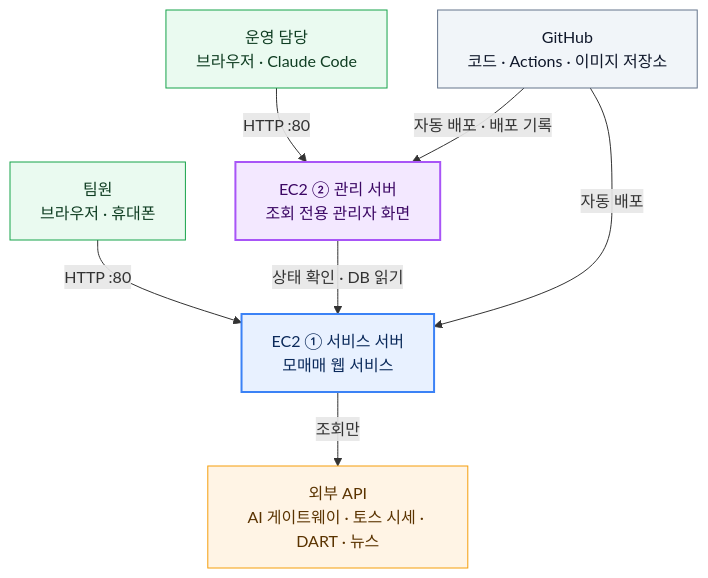
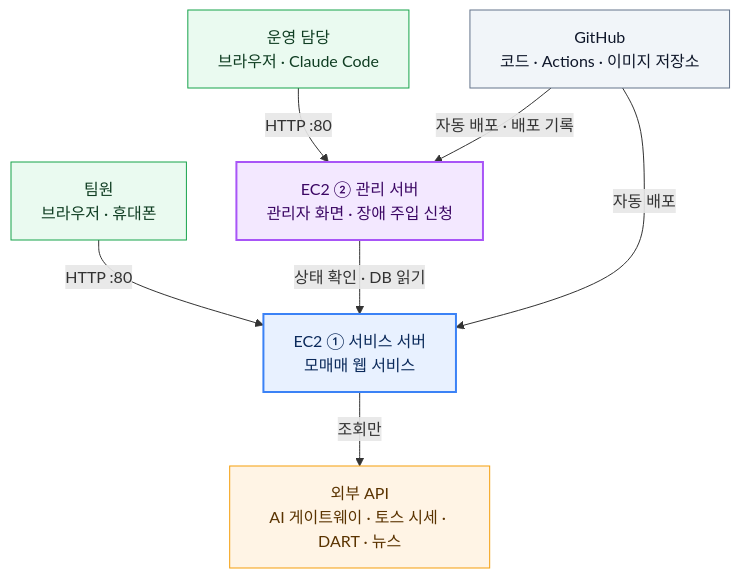
One commit to encore-ai-campus/AIO-01-P3-TEAM1 changed the first of 4 diagrams in docs/deliverables/02_배포_및_장애복구_보고서.md. Above: the diagram before and after it, drawn with Mermaid. The commit also changed other lines of this file and 64 other files, not shown here.

````diff
--- a/docs/deliverables/02_배포_및_장애복구_보고서.md
+++ b/docs/deliverables/02_배포_및_장애복구_보고서.md
@@ -22,22 +22,22 @@
 ```mermaid
 flowchart TB
     classDef user fill:#eafaf0,stroke:#16a34a,color:#0f3d22
     classDef svc fill:#e8f1ff,stroke:#3b82f6,stroke-width:2px,color:#0b2a5b
     classDef adm fill:#f3e8ff,stroke:#a855f7,stroke-width:2px,color:#3b0764
     classDef ext fill:#fff4e5,stroke:#f59e0b,color:#5a3300
     classDef gh fill:#f1f5f9,stroke:#64748b,color:#0f172a
 
     U["팀원<br/>브라우저 · 휴대폰"]:::user
     OP["운영 담당<br/>브라우저 · Claude Code"]:::user
     S["EC2 ① 서비스 서버<br/>모매매 웹 서비스"]:::svc
-    A["EC2 ② 관리 서버<br/>조회 전용 관리자 화면"]:::adm
+    A["EC2 ② 관리 서버<br/>관리자 화면 · 장애 주입 신청"]:::adm
     G["GitHub<br/>코드 · Actions · 이미지 저장소"]:::gh
     X["외부 API<br/>AI 게이트웨이 · 토스 시세 · DART · 뉴스"]:::ext
 
     U -- "HTTP :80" --> S
     OP -- "HTTP :80" --> A
     A -- "상태 확인 · DB 읽기" --> S
     S -- "조회만" --> X
     G -- "자동 배포" --> S
     G -- "자동 배포 · 배포 기록" --> A
 ```
````
